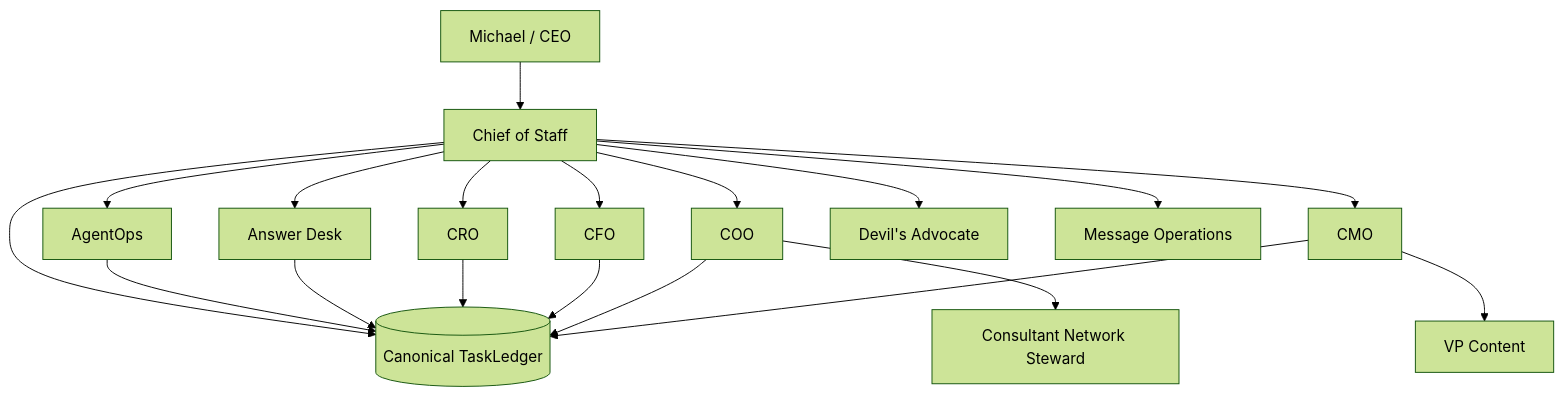
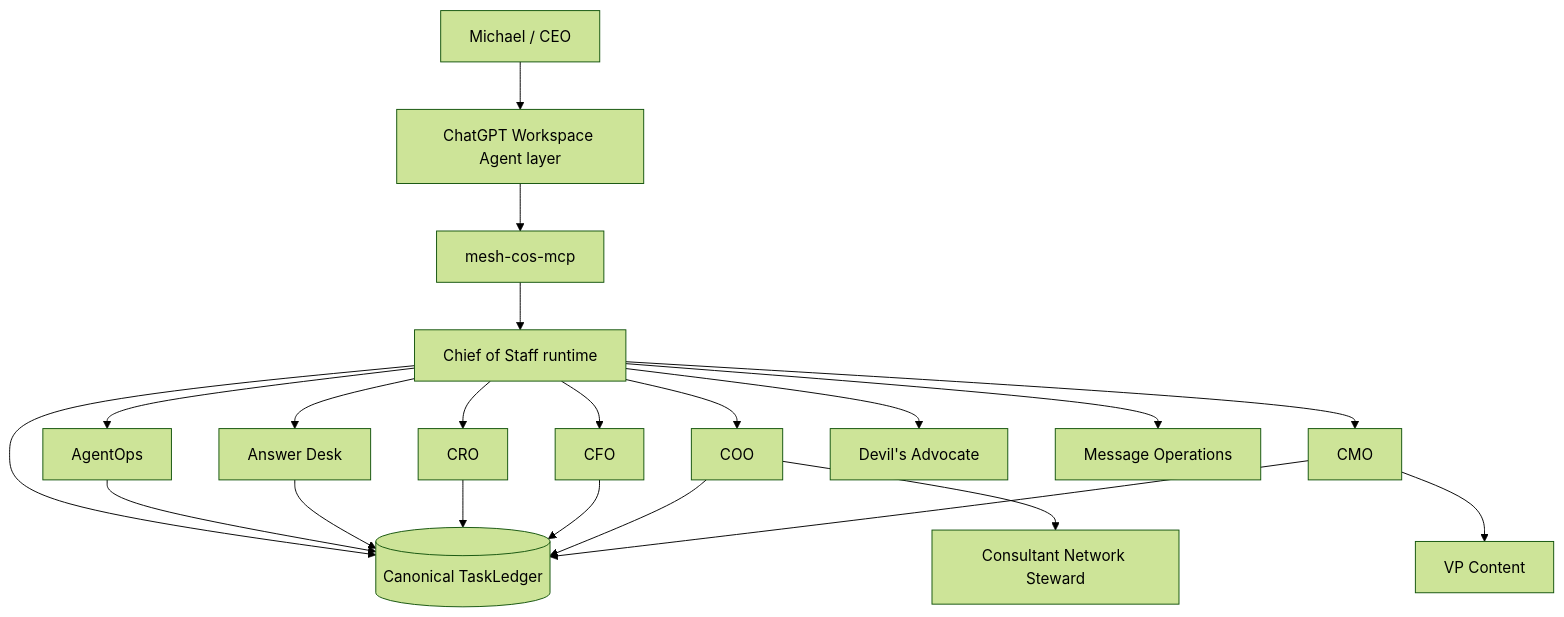
Before and after one commit to mkleinbe/mesh-ai-agent-cos-universe: the first of 3 diagrams in docs/phase-1-operating-contract.md, drawn with Mermaid (forest theme). The commit also changed other lines of this file, not shown here.

Commit message:
docs: extend operating constitution to Workspace Agents

````diff
--- a/docs/phase-1-operating-contract.md
+++ b/docs/phase-1-operating-contract.md
@@ -29,21 +30,23 @@
 ```mermaid
 flowchart TB
-    M[Michael / CEO] --> C[Chief of Staff]
+    M[Michael / CEO] --> W[ChatGPT Workspace Agent layer]
+    W --> MCP[mesh-cos-mcp]
+    MCP --> C[Chief of Staff runtime]
     C --> A[AgentOps]
     C --> D[Answer Desk]
     C --> R[CRO]
     C --> F[CFO]
     C --> O[COO]
     O --> N[Consultant Network Steward]
     C --> K[CMO]
     K --> V[VP Content]
     C --> X[Devil's Advocate]
     C --> Q[Message Operations]
     C --> L[(Canonical TaskLedger)]
     A --> L
     D --> L
     R --> L
     F --> L
     O --> L
     K --> L
 ```
````
